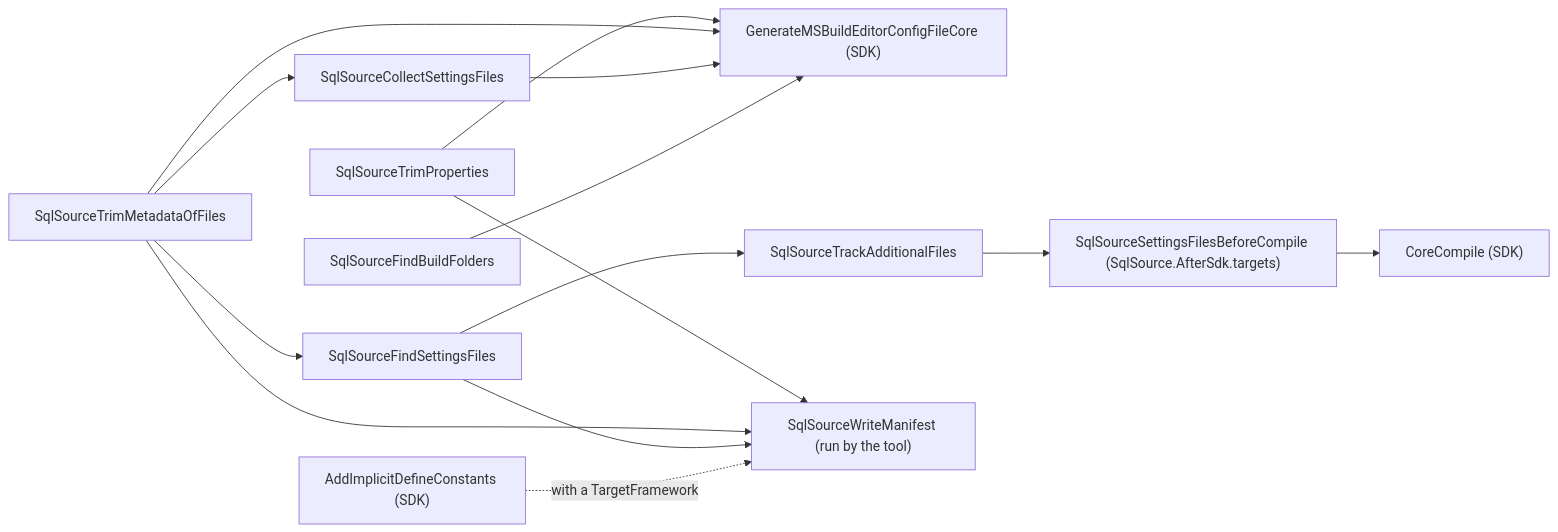
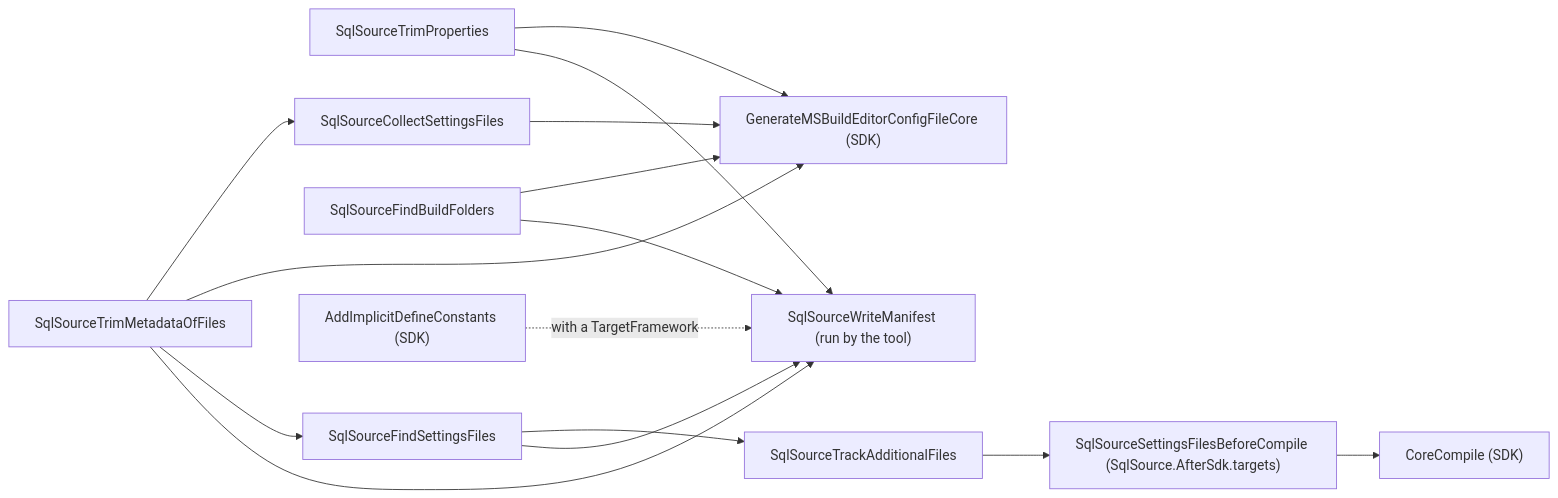
One commit to mbcrawfo/SqlSource changed the diagram in docs/architecture/msbuild-and-manifest.md. Above: the diagram before and after it, drawn with Mermaid. The commit also changed other lines of this file and 5 other files, not shown here.

Commit message:
Give the manifest the build's folders, which the tool leaves out of the reach

````diff
--- a/docs/architecture/msbuild-and-manifest.md
+++ b/docs/architecture/msbuild-and-manifest.md
@@ -18,16 +18,17 @@
 ```mermaid
 flowchart LR
     trimProperties["SqlSourceTrimProperties"] --> sdk["GenerateMSBuildEditorConfigFileCore (SDK)"]
     trimMetadata["SqlSourceTrimMetadataOfFiles"] --> collect["SqlSourceCollectSettingsFiles"]
     trimMetadata --> sdk
     collect --> sdk
     folders["SqlSourceFindBuildFolders"] --> sdk
     trimMetadata --> find["SqlSourceFindSettingsFiles"]
     find --> track["SqlSourceTrackAdditionalFiles"]
     track --> late["SqlSourceSettingsFilesBeforeCompile (SqlSource.AfterSdk.targets)"]
     late --> compile["CoreCompile (SDK)"]
     trimProperties --> manifest["SqlSourceWriteManifest (run by the tool)"]
     trimMetadata --> manifest
     find --> manifest
+    folders --> manifest
     defines["AddImplicitDefineConstants (SDK)"] -.->|"with a TargetFramework"| manifest
 ```
````
